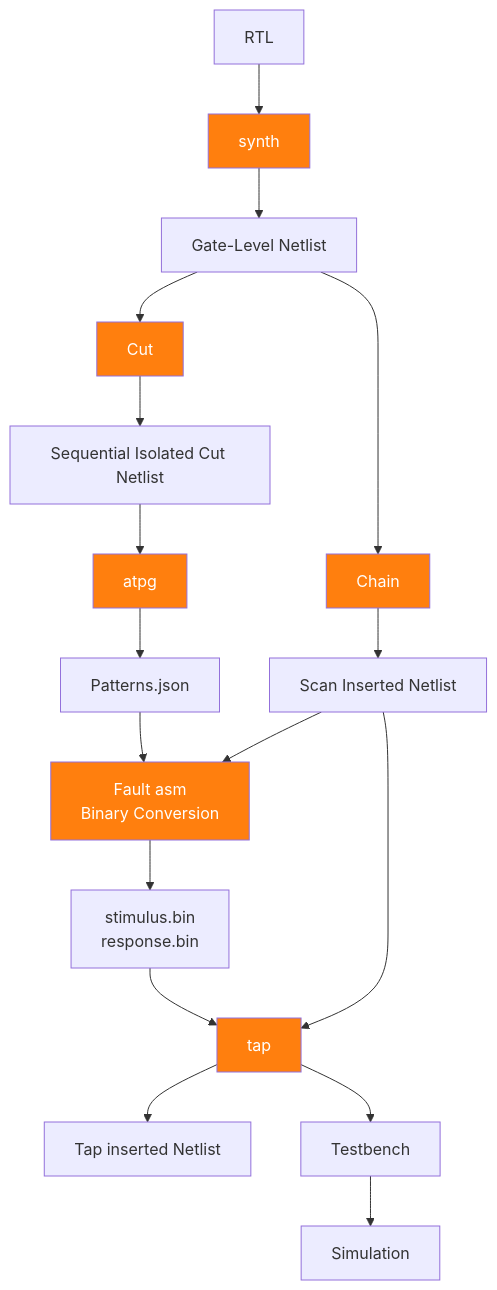
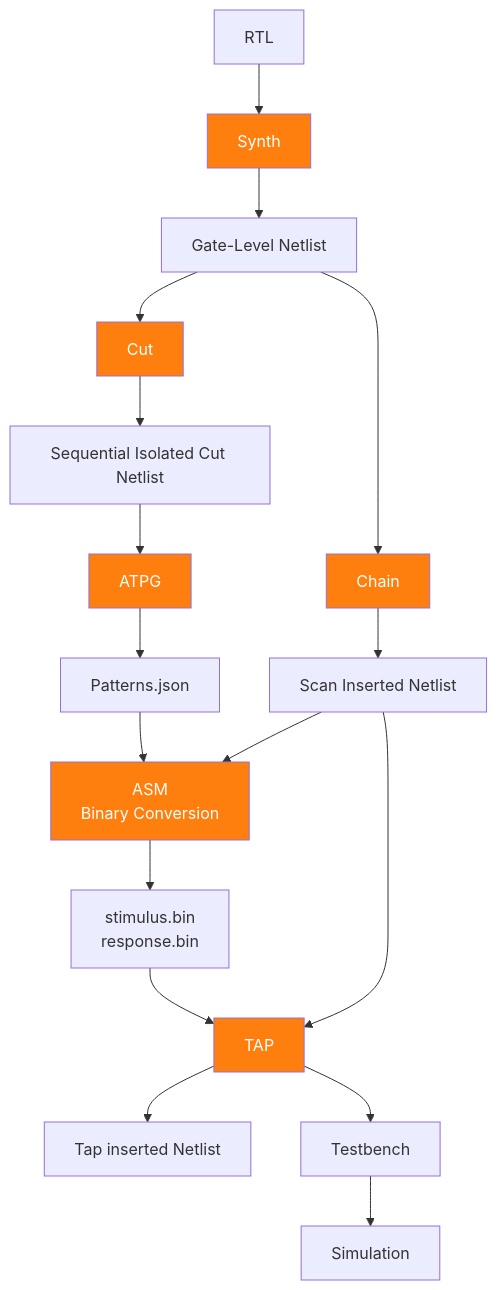
One commit to keyurd1998-sys/open-source-dft-flow changed the diagram in README.md. Above: the diagram before and after it, drawn with Mermaid.

````diff
--- a/README.md
+++ b/README.md
@@ -33,27 +33,27 @@
 ```mermaid
 flowchart TB
-A[RTL] --> B[synth]
+A[RTL] --> B[Synth]
 B --> C[Gate-Level Netlist]
 C --> D[Cut]
 D --> E[Sequential Isolated Cut Netlist]
 C --> J[Chain]
 J --> K[Scan Inserted Netlist]
-E --> F[atpg]
+E --> F[ATPG]
 F --> G[Patterns.json]
-G --> H[Fault asm<br/>Binary Conversion]
+G --> H[ASM<br/>Binary Conversion]
 K --> H
 H --> I[stimulus.bin<br/>response.bin]
-K --> L[tap]
+K --> L[TAP]
 I --> L
 L --> M[Tap inserted Netlist]
 L --> P[Testbench]
 P --> N[Simulation]
 
 
 style B fill:#ff7f0e,color:#fff
 style D fill:#ff7f0e,color:#fff
 style F fill:#ff7f0e,color:#fff
 style J fill:#ff7f0e,color:#fff
 style H fill:#ff7f0e,color:#fff
 style L fill:#ff7f0e,color:#fff
 ```
````
